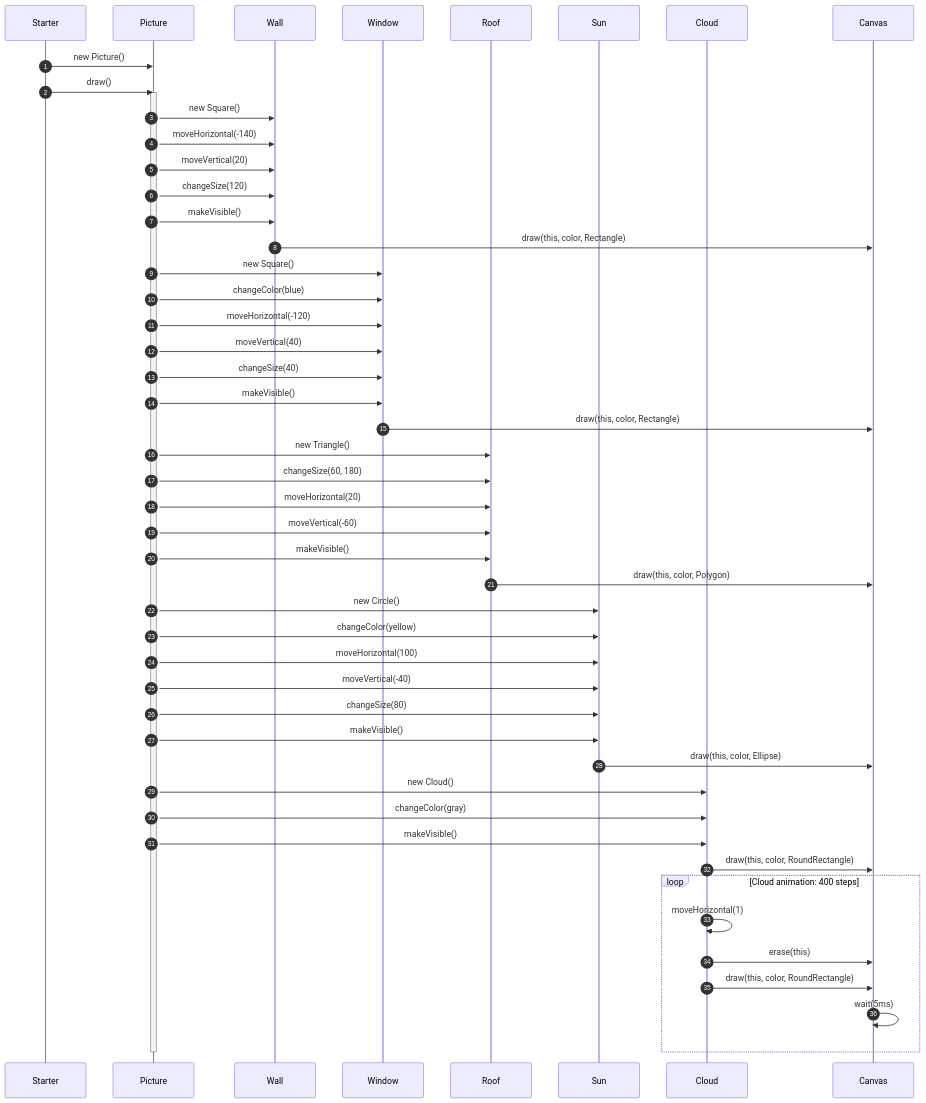
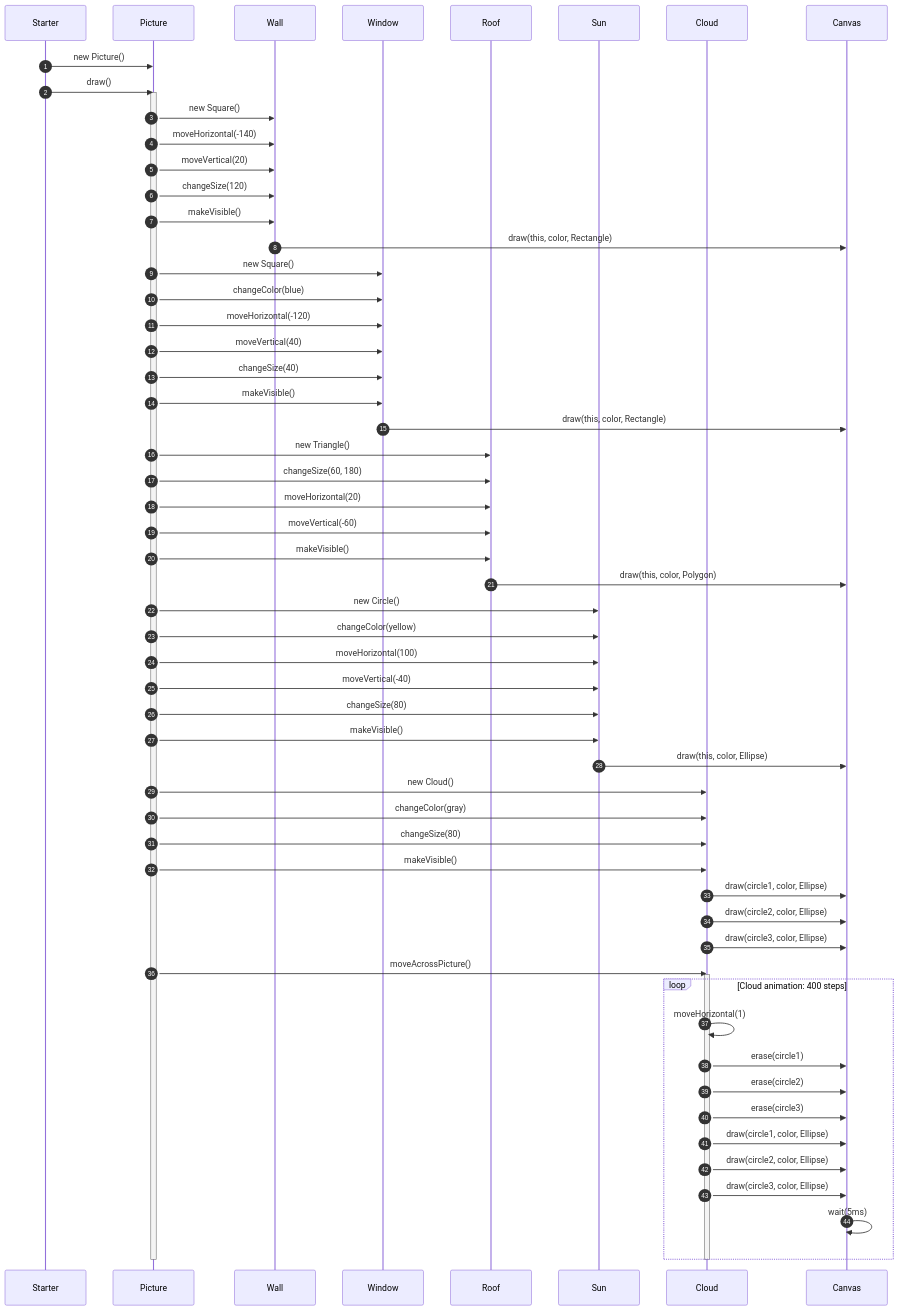
The diagram in M-Aufgaben/M2/SequenceDiagramM2.md (La-Lazar/Modul-320), drawn with Mermaid before and after one commit. The commit also changed other lines of this file and 13 other files, not shown here.

````diff
--- a/M-Aufgaben/M2/SequenceDiagramM2.md
+++ b/M-Aufgaben/M2/SequenceDiagramM2.md
@@ -5,65 +5,75 @@
 ```mermaid
 sequenceDiagram
     autonumber
     participant Starter
     participant Picture
     participant Wall
     participant Window
     participant Roof
     participant Sun
     participant Cloud
     participant Canvas
 
     Starter->>Picture: new Picture()
     Starter->>Picture: draw()
     activate Picture
 
     %% Wand (Square) erstellen und konfigurieren
     Picture->>Wall: new Square()
     Picture->>Wall: moveHorizontal(-140)
     Picture->>Wall: moveVertical(20)
     Picture->>Wall: changeSize(120)
     Picture->>Wall: makeVisible()
     Wall->>Canvas: draw(this, color, Rectangle)
 
     %% Fenster (Square) ähnlich
     Picture->>Window: new Square()
     Picture->>Window: changeColor(blue)
     Picture->>Window: moveHorizontal(-120)
     Picture->>Window: moveVertical(40)
     Picture->>Window: changeSize(40)
     Picture->>Window: makeVisible()
     Window->>Canvas: draw(this, color, Rectangle)
 
     %% Dach (Triangle)
     Picture->>Roof: new Triangle()
     Picture->>Roof: changeSize(60, 180)
     Picture->>Roof: moveHorizontal(20)
     Picture->>Roof: moveVertical(-60)
     Picture->>Roof: makeVisible()
     Roof->>Canvas: draw(this, color, Polygon)
 
     %% Sonne zuerst zeichnen
     Picture->>Sun: new Circle()
     Picture->>Sun: changeColor(yellow)
     Picture->>Sun: moveHorizontal(100)
     Picture->>Sun: moveVertical(-40)
     Picture->>Sun: changeSize(80)
     Picture->>Sun: makeVisible()
     Sun->>Canvas: draw(this, color, Ellipse)
 
-    %% Wolke erzeugen und animieren
+    %% Wolke erzeugen und animieren (besteht aus 3 Kreisen)
     Picture->>Cloud: new Cloud()
     Picture->>Cloud: changeColor(gray)
+    Picture->>Cloud: changeSize(80)
     Picture->>Cloud: makeVisible()
-    Cloud->>Canvas: draw(this, color, RoundRectangle)
+    Cloud->>Canvas: draw(circle1, color, Ellipse)
+    Cloud->>Canvas: draw(circle2, color, Ellipse)
+    Cloud->>Canvas: draw(circle3, color, Ellipse)
 
+    Picture->>Cloud: moveAcrossPicture()
+    activate Cloud
     loop Cloud animation: 400 steps
         Cloud->>Cloud: moveHorizontal(1)
-        Cloud->>Canvas: erase(this)
-        Cloud->>Canvas: draw(this, color, RoundRectangle)
+        Cloud->>Canvas: erase(circle1)
+        Cloud->>Canvas: erase(circle2)
+        Cloud->>Canvas: erase(circle3)
+        Cloud->>Canvas: draw(circle1, color, Ellipse)
+        Cloud->>Canvas: draw(circle2, color, Ellipse)
+        Cloud->>Canvas: draw(circle3, color, Ellipse)
         Canvas->>Canvas: wait(5ms)
     end
+    deactivate Cloud
 
     deactivate Picture
 ```
````
